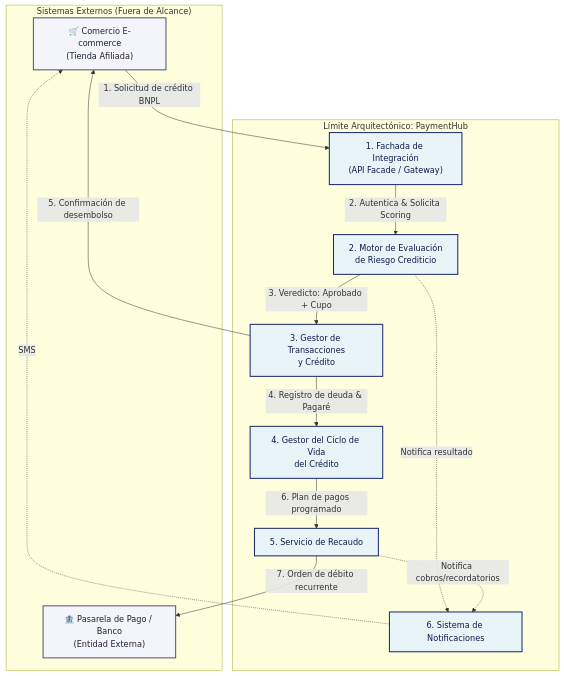
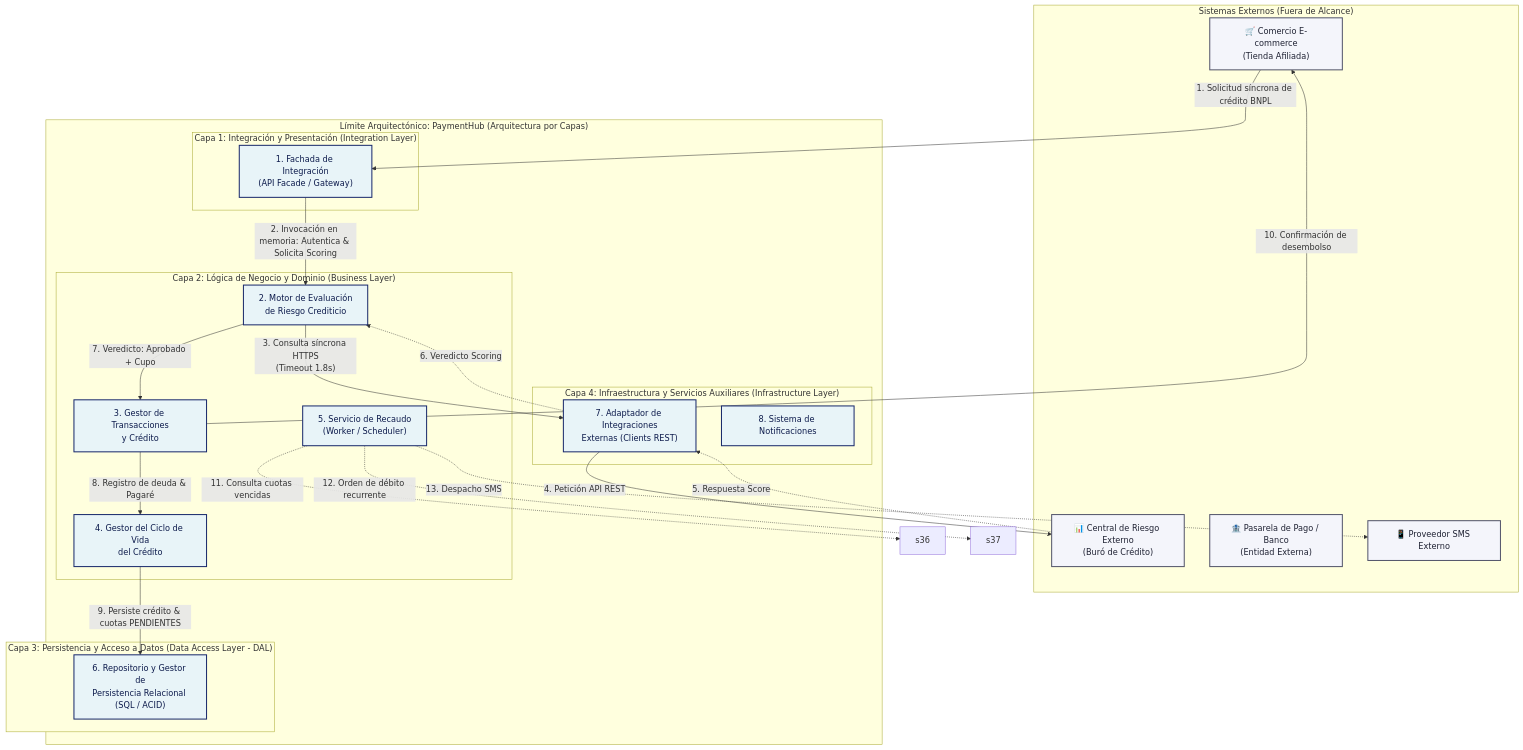
Before and after one commit to JeisonArrubla/payment-hub: the diagram in docs/diagrams/componentes-paymenthub.mermaid, drawn with Mermaid.

Commit message:
Revise PaymentHub diagram with layered architecture
Updated the diagram to include additional layers and components, enhancing clarity and structure.

```diff
--- a/docs/diagrams/componentes-paymenthub.mermaid
+++ b/docs/diagrams/componentes-paymenthub.mermaid
@@ -1,31 +1,61 @@
 flowchart TD
     subgraph Sistemas_Externos ["Sistemas Externos (Fuera de Alcance)"]
-        Merchant["🛒 Comercio E-commerce\n(Tienda Afiliada)"]
-        Bank["🏦 Pasarela de Pago / Banco\n(Entidad Externa)"]
+        Merchant["🛒 Comercio E-commerce<br/>(Tienda Afiliada)"]
+        Bureau["📊 Central de Riesgo Externo<br/>(Buró de Crédito)"]
+        Bank["🏦 Pasarela de Pago / Banco<br/>(Entidad Externa)"]
+        SMS["📱 Proveedor SMS Externo"]
     end
 
-    subgraph PaymentHub_System ["Límite Arquitectónico: PaymentHub"]
-        Facade["1. Fachada de Integración\n(API Facade / Gateway)"]
-        Risk["2. Motor de Evaluación\nde Riesgo Crediticio"]
-        Tx["3. Gestor de Transacciones\ny Crédito"]
-        Lifecycle["4. Gestor del Ciclo de Vida\ndel Crédito"]
-        Recaudo["5. Servicio de Recaudo"]
-        Notif["6. Sistema de Notificaciones"]
+    subgraph PaymentHub_System ["Límite Arquitectónico: PaymentHub (Arquitectura por Capas)"]
+        
+        subgraph Layer1 ["Capa 1: Integración y Presentación (Integration Layer)"]
+            Facade["1. Fachada de Integración<br/>(API Facade / Gateway)"]
+        end
+
+        subgraph Layer2 ["Capa 2: Lógica de Negocio y Dominio (Business Layer)"]
+            Risk["2. Motor de Evaluación<br/>de Riesgo Crediticio"]
+            Tx["3. Gestor de Transacciones<br/>y Crédito"]
+            Lifecycle["4. Gestor del Ciclo de Vida<br/>del Crédito"]
+            Recaudo["5. Servicio de Recaudo<br/>(Worker / Scheduler)"]
+        end
+
+        subgraph Layer3 ["Capa 3: Persistencia y Acceso a Datos (Data Access Layer - DAL)"]
+            DAL["6. Repositorio y Gestor de<br/>Persistencia Relacional (SQL / ACID)"]
+        end
+
+        subgraph Layer4 ["Capa 4: Infraestructura y Servicios Auxiliares (Infrastructure Layer)"]
+            Adapter["7. Adaptador de Integraciones<br/>Externas (Clients REST)"]
+            Notif["8. Sistema de Notificaciones"]
+        end
+
     end
 
-    Merchant -->|1. Solicitud de crédito BNPL| Facade
-    Facade -->|2. Autentica & Solicita Scoring| Risk
-    Risk -->|3. Veredicto: Aprobado + Cupo| Tx
-    Tx -->|4. Registro de deuda & Pagaré| Lifecycle
-    Tx -->|5. Confirmación de desembolso| Merchant
-    Lifecycle -->|6. Plan de pagos programado| Recaudo
-    Recaudo -->|7. Orden de débito recurrente| Bank
-    Risk -.->|Notifica resultado| Notif
-    Recaudo -.->|Notifica cobros/recordatorios| Notif
-    Notif -.->|SMS| Merchant
+    %% --- FLUJOS DE COMUNICACIÓN ---
+    
+    %% 1. Checkout y Evaluación Síncrona
+    Merchant -->|1. Solicitud síncrona de crédito BNPL| Facade
+    Facade -->|2. Invocación en memoria: Autentica & Solicita Scoring| Risk
+    
+    %% Consulta Externa a Centrales de Riesgo
+    Risk -->|"3. Consulta síncrona HTTPS<br/>(Timeout 1.8s)"| Adapter
+    Adapter -->|4. Petición API REST| Bureau
+    Bureau -.->|5. Respuesta Score| Adapter
+    Adapter -.->|6. Veredicto Scoring| Risk
+
+    %% Aprobación y Creación de Deuda
+    Risk -->|7. Veredicto: Aprobado + Cupo| Tx
+    Tx -->|8. Registro de deuda & Pagaré| Lifecycle
+    Lifecycle -->|"9. Persiste crédito & cuotas PENDIENTES"| DAL
+    Tx -->|10. Confirmación de desembolso| Merchant
+    
+    %% 2. Recaudo Asíncrono (En Segundo Plano)
+    Recaudo -.->|"11. Consulta cuotas vencidas "|s36
+    Recaudo -.->|"12. Orden de débito recurrente "|s37
+    Recaudo -.->|"13. Despacho SMS "|SMS
 
     %% Estilos visuales
     classDef ext fill:#f4f5fb,stroke:#54566b,stroke-width:2px,color:#1f2233;
     classDef sys fill:#e8f4f8,stroke:#1a2a6c,stroke-width:2px,color:#0d1b4c;
-    class Merchant,Bank ext;
-    class Facade,Risk,Tx,Lifecycle,Recaudo,Notif sys;
+    
+    class Merchant,Bureau,Bank,SMS ext;
+    class Facade,Risk,Tx,Lifecycle,Recaudo,DAL,Adapter,Notif sys;
```
